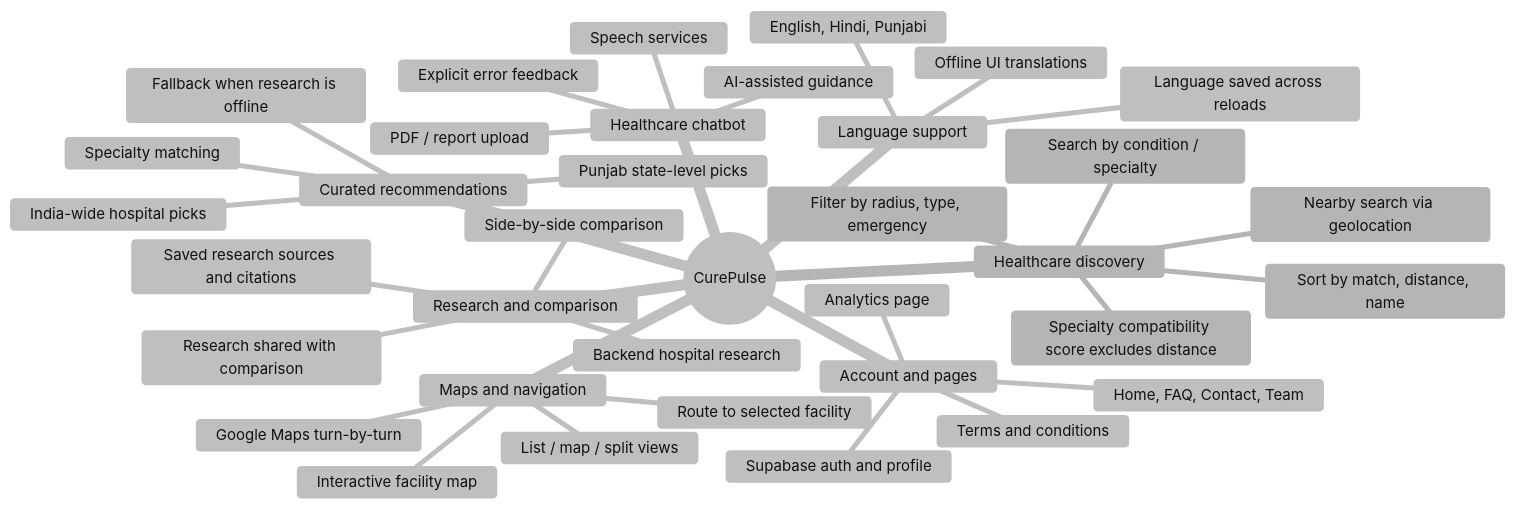
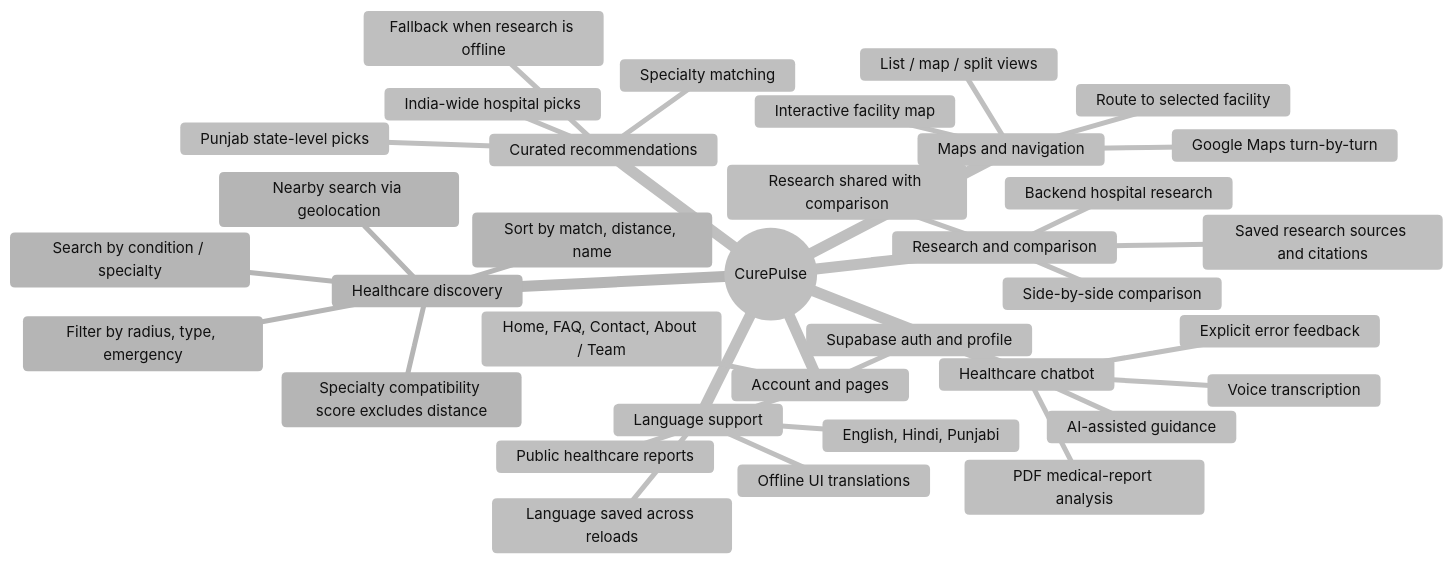
The first of 5 diagrams in README.md (vanshkatnor1505/BuiltTechies), drawn with Mermaid before and after one commit. The commit also changed other lines of this file, not shown here.

````diff
--- a/README.md
+++ b/README.md
@@ -42,40 +42,39 @@
 ```mermaid
     %%{init: {'theme':'base', 'themeVariables': {'primaryColor':'#ffffff','primaryTextColor':'#111111','primaryBorderColor':'#555555','lineColor':'#555555','secondaryColor':'#f5f5f5','tertiaryColor':'#ffffff','fontSize':'15px','darkMode':false,'background':'#ffffff'}}}%%
 mindmap
   root((CurePulse))
     Healthcare discovery
       Search by condition / specialty
       Nearby search via geolocation
       Filter by radius, type, emergency
       Sort by match, distance, name
       Specialty compatibility score excludes distance
     Curated recommendations
       India-wide hospital picks
       Punjab state-level picks
       Specialty matching
       Fallback when research is offline
     Maps and navigation
       Interactive facility map
       Route to selected facility
       Google Maps turn-by-turn
       List / map / split views
     Research and comparison
       Backend hospital research
       Saved research sources and citations
       Research shared with comparison
       Side-by-side comparison
     Language support
       English, Hindi, Punjabi
       Offline UI translations
       Language saved across reloads
     Healthcare chatbot
       AI-assisted guidance
-      PDF / report upload
-      Speech services
+      PDF medical-report analysis
+      Voice transcription
       Explicit error feedback
     Account and pages
       Supabase auth and profile
-      Home, FAQ, Contact, Team
-      Analytics page
-      Terms and conditions
+      Home, FAQ, Contact, About / Team
+      Public healthcare reports
 ```
````
